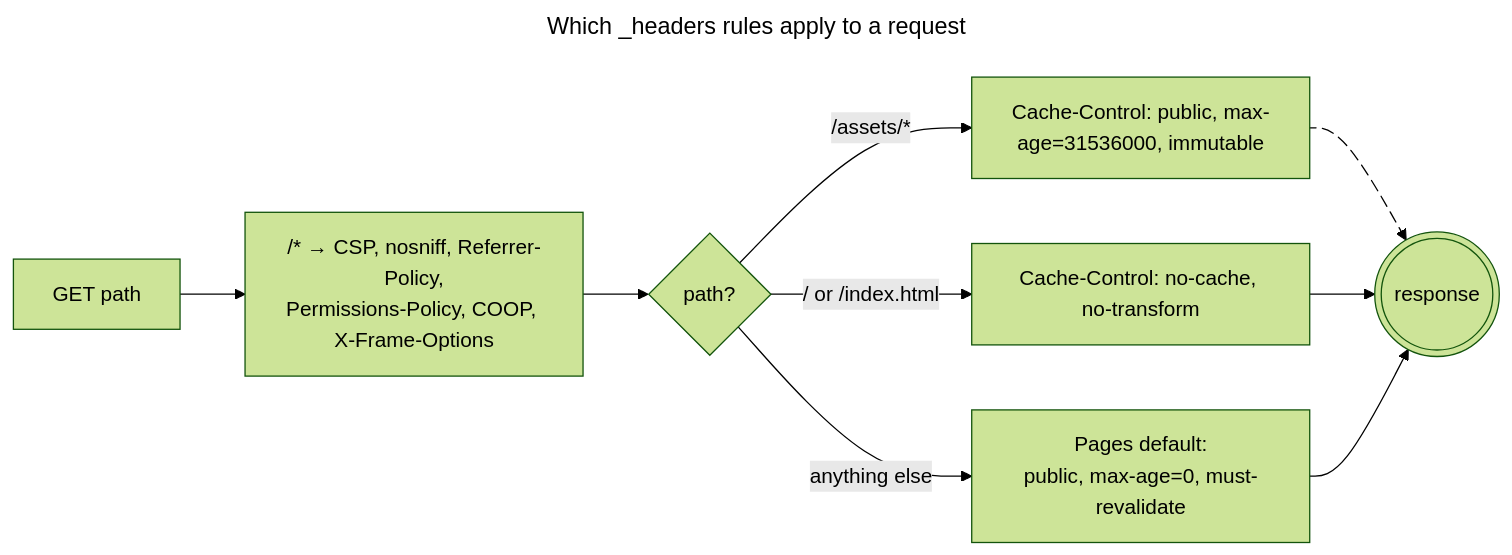
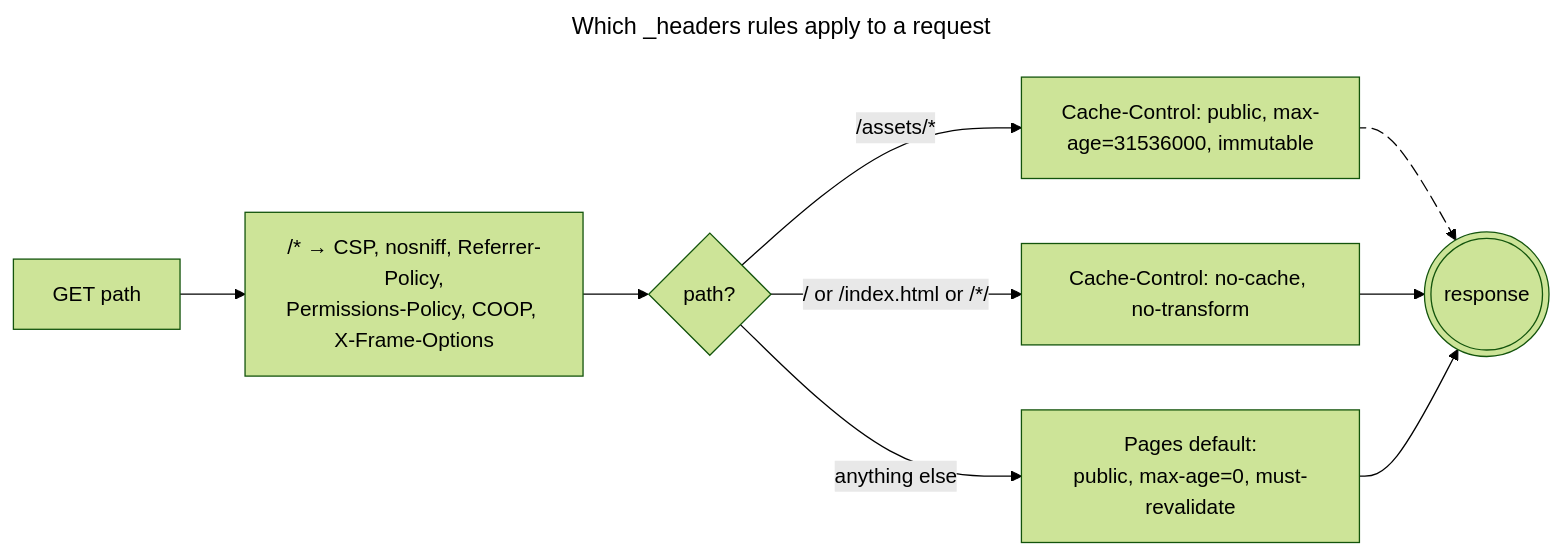
Before and after one commit to VinylStage/trex_vs_tiger_sim: the second of 2 diagrams in docs/DEPLOYMENT.md, drawn with Mermaid (forest theme). The commit also changed other lines of this file and 30 other files, not shown here.

````diff
--- a/docs/DEPLOYMENT.md
+++ b/docs/DEPLOYMENT.md
@@ -183,18 +193,18 @@
 ```mermaid
 ---
 title: Which _headers rules apply to a request
 config:
   flowchart:
     curve: basis
 ---
 flowchart LR
     req@{ shape: rect, label: "GET path" } --> all@{ shape: rect, label: "/* → CSP, nosniff, Referrer-Policy,<br/>Permissions-Policy, COOP, X-Frame-Options" }
     all --> q{"path?"}
     q -- "/assets/*" --> imm@{ shape: rect, label: "Cache-Control: public, max-age=31536000, immutable" }
-    q -- "/ or /index.html" --> nc@{ shape: rect, label: "Cache-Control: no-cache, no-transform" }
+    q -- "/ or /index.html or /*/" --> nc@{ shape: rect, label: "Cache-Control: no-cache, no-transform" }
     q -- "anything else" --> def@{ shape: rect, label: "Pages default:<br/>public, max-age=0, must-revalidate" }
     imm e1@--> resp@{ shape: dbl-circ, label: "response" }
     nc --> resp
     def --> resp
     e1@{ animate: true }
 ```
````
